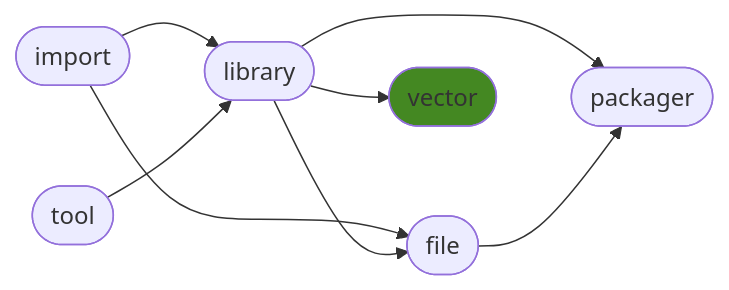
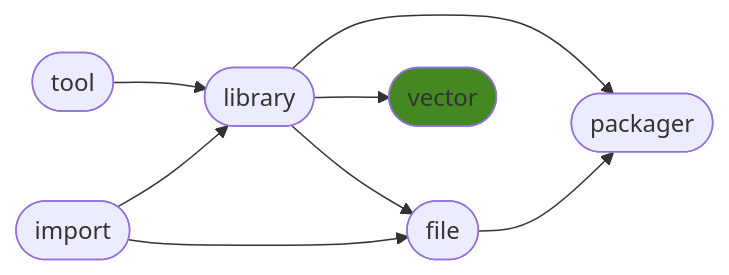
The diagram in README.md (ManderaGeneral/generalvector), drawn with Mermaid before and after one commit. The commit also changed other lines of this file, not shown here.

````diff
--- a/README.md
+++ b/README.md
@@ -24,17 +24,17 @@
 ```mermaid
 flowchart LR
 2([library]) --> 5([packager])
+3([file]) --> 5([packager])
+1([tool]) --> 2([library])
+0([import]) --> 2([library])
 0([import]) --> 3([file])
 2([library]) --> 4([vector])
-0([import]) --> 2([library])
-1([tool]) --> 2([library])
 2([library]) --> 3([file])
-3([file]) --> 5([packager])
 click 0 "https://github.com/ManderaGeneral/generalimport"
 click 1 "https://github.com/ManderaGeneral/generaltool"
 click 2 "https://github.com/ManderaGeneral/generallibrary"
 click 3 "https://github.com/ManderaGeneral/generalfile"
 click 4 "https://github.com/ManderaGeneral/generalvector"
 click 5 "https://github.com/ManderaGeneral/generalpackager"
 style 4 fill:#482
 ```
````
